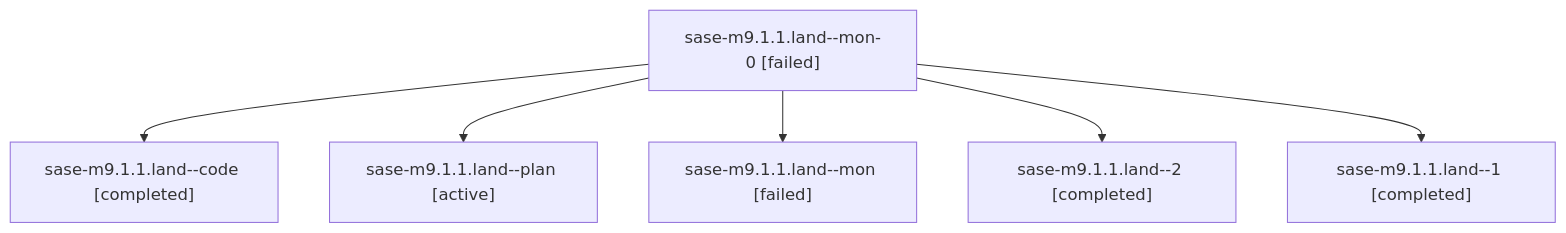
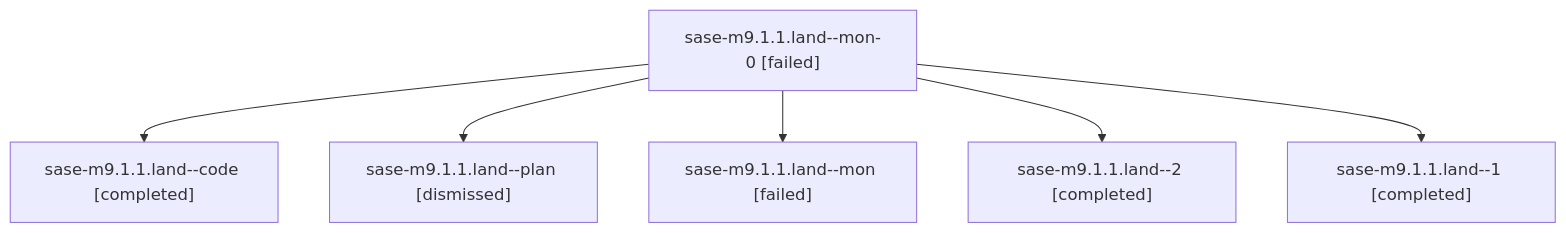
Before and after one commit to sase-org/sase--agents: the diagram in sessions/bbugyi200.athena.sase-m9.1.1.land.md, drawn with Mermaid. The commit also changed other lines of this file and 218 other files, not shown here.

````diff
--- a/sessions/bbugyi200.athena.sase-m9.1.1.land.md
+++ b/sessions/bbugyi200.athena.sase-m9.1.1.land.md
@@ -9,14 +9,14 @@
 ```mermaid
 flowchart TD
   n0["sase-m9.1.1.land--mon-0 [failed]"]
   n1["sase-m9.1.1.land--code [completed]"]
   n0 --> n1
-  n2["sase-m9.1.1.land--plan [active]"]
+  n2["sase-m9.1.1.land--plan [dismissed]"]
   n0 --> n2
   n3["sase-m9.1.1.land--mon [failed]"]
   n0 --> n3
   n4["sase-m9.1.1.land--2 [completed]"]
   n0 --> n4
   n5["sase-m9.1.1.land--1 [completed]"]
   n0 --> n5
 ```
````
